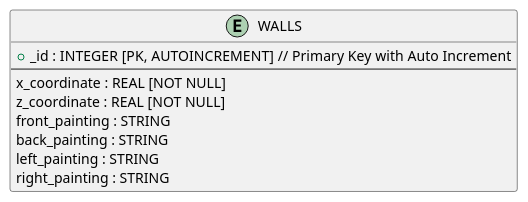
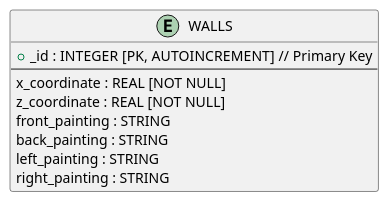
One commit to bogumil-latuszek/virtual_gallery_3D changed the diagram in uml/database_walls_table.puml. Above: the diagram before and after it, drawn with PlantUML. The commit also changed 2 other files, not shown here.

Commit message:
Diagram Tablicy Walls w Bazie Danych

```diff
--- a/uml/database_walls_table.puml
+++ b/uml/database_walls_table.puml
@@ -1,12 +1,12 @@
 @startuml
 entity WALLS {
-    + _id : INTEGER [PK, AUTOINCREMENT]  // Primary Key with Auto Increment
+    + _id : INTEGER [PK, AUTOINCREMENT]  // Primary Key
     --
     x_coordinate : REAL [NOT NULL]
     z_coordinate : REAL [NOT NULL]
     front_painting : STRING
     back_painting : STRING
     left_painting : STRING
     right_painting : STRING
 }
 @enduml
```
